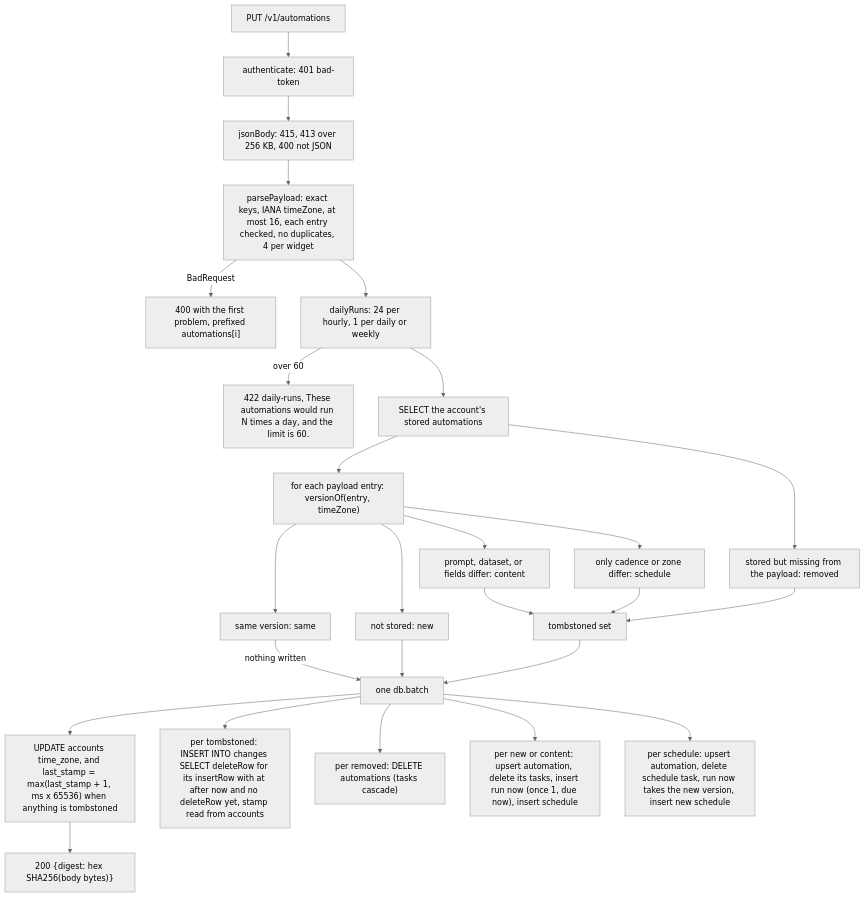
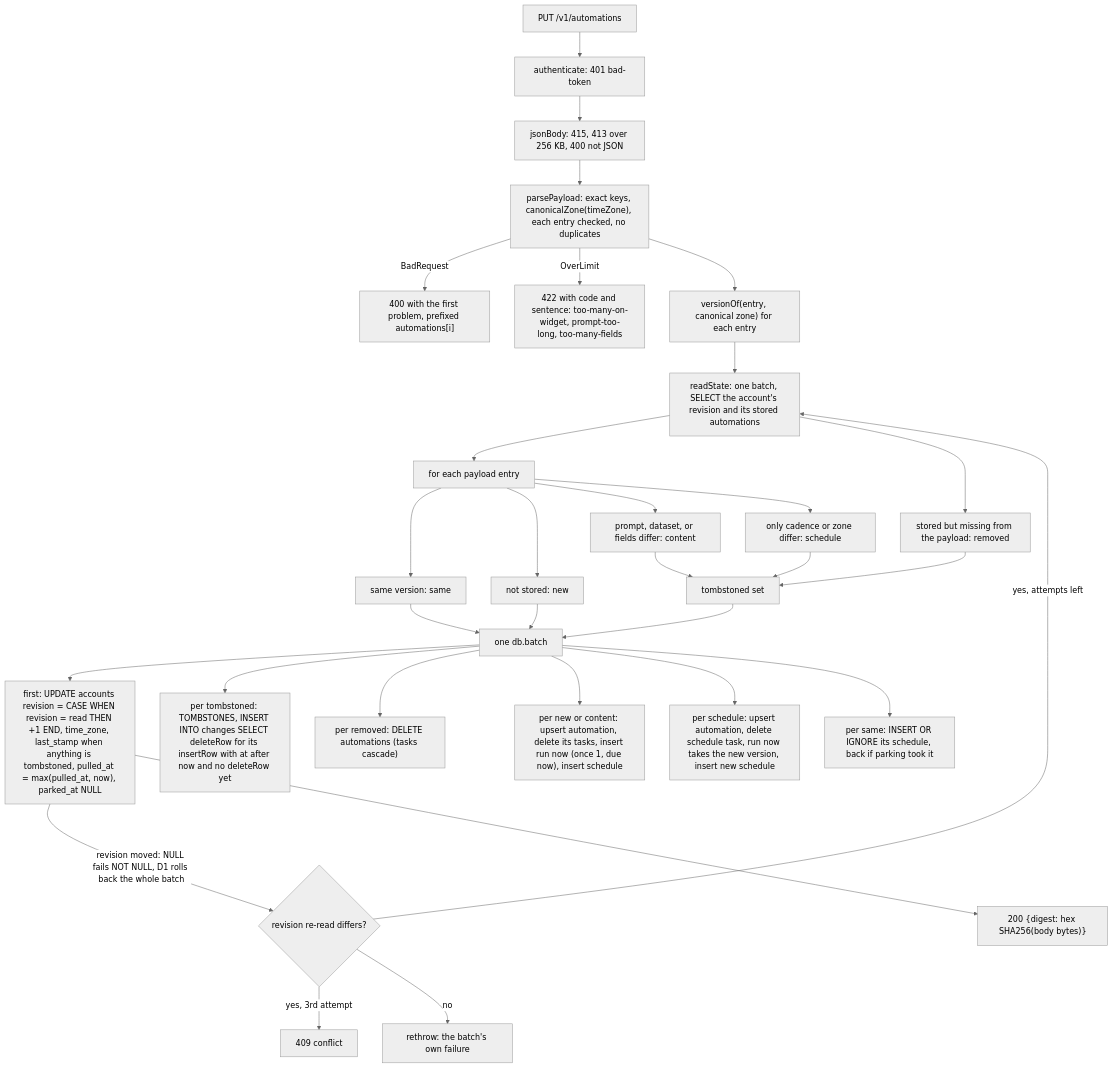
Before and after one commit to Krutik460/Widgie: the second of 4 diagrams in docs/pr/24-phase-3-p2-worker.md, drawn with Mermaid (neutral theme). The commit also changed other lines of this file and 13 other files, not shown here.

````diff
--- a/docs/pr/24-phase-3-p2-worker.md
+++ b/docs/pr/24-phase-3-p2-worker.md
@@ -86,28 +89,33 @@
 ```mermaid
 flowchart TD
   PUT["PUT /v1/automations"] --> AUTH["authenticate: 401 bad-token"]
   AUTH --> BODY["jsonBody: 415, 413 over 256 KB, 400 not JSON"]
-  BODY --> PARSE["parsePayload: exact keys, IANA timeZone, at most 16, each entry checked, no duplicates, 4 per widget"]
+  BODY --> PARSE["parsePayload: exact keys, canonicalZone(timeZone), each entry checked, no duplicates"]
   PARSE -->|"BadRequest"| R400["400 with the first problem, prefixed automations[i]"]
-  PARSE --> RUNS["dailyRuns: 24 per hourly, 1 per daily or weekly"]
-  RUNS -->|"over 60"| R422["422 daily-runs, These automations would run N times a day, and the limit is 60."]
-  RUNS --> READ["SELECT the account's stored automations"]
-  READ --> PLAN["for each payload entry: versionOf(entry, timeZone)"]
+  PARSE -->|"OverLimit"| R422["422 with code and sentence: too-many-on-widget, prompt-too-long, too-many-fields"]
+  PARSE --> VERS["versionOf(entry, canonical zone) for each entry"]
+  VERS --> READ["readState: one batch, SELECT the account's revision and its stored automations"]
+  READ --> PLAN["for each payload entry"]
   PLAN --> SAME["same version: same"]
   PLAN --> NEW["not stored: new"]
   PLAN --> CONTENT["prompt, dataset, or fields differ: content"]
   PLAN --> SCHED["only cadence or zone differ: schedule"]
   READ --> REM["stored but missing from the payload: removed"]
   CONTENT --> TOMB["tombstoned set"]
   SCHED --> TOMB
   REM --> TOMB
   TOMB --> BATCH["one db.batch"]
   NEW --> BATCH
-  SAME -->|"nothing written"| BATCH
-  BATCH --> S1["UPDATE accounts time_zone, and last_stamp = max(last_stamp + 1, ms x 65536) when anything is tombstoned"]
-  BATCH --> S2["per tombstoned: INSERT INTO changes SELECT deleteRow for its insertRow with at after now and no deleteRow yet, stamp read from accounts"]
+  SAME --> BATCH
+  BATCH --> S1["first: UPDATE accounts revision = CASE WHEN revision = read THEN +1 END, time_zone, last_stamp when anything is tombstoned, pulled_at = max(pulled_at, now), parked_at NULL"]
+  S1 -->|"revision moved: NULL fails NOT NULL, D1 rolls back the whole batch"| RETRY{"revision re-read differs?"}
+  RETRY -->|"yes, attempts left"| READ
+  RETRY -->|"yes, 3rd attempt"| R409["409 conflict"]
+  RETRY -->|"no"| R500["rethrow: the batch's own failure"]
+  BATCH --> S2["per tombstoned: TOMBSTONES, INSERT INTO changes SELECT deleteRow for its insertRow with at after now and no deleteRow yet"]
   BATCH --> S3["per removed: DELETE automations (tasks cascade)"]
   BATCH --> S4["per new or content: upsert automation, delete its tasks, insert run now (once 1, due now), insert schedule"]
   BATCH --> S5["per schedule: upsert automation, delete schedule task, run now takes the new version, insert new schedule"]
+  BATCH --> S6["per same: INSERT OR IGNORE its schedule, back if parking took it"]
   S1 --> OK["200 {digest: hex SHA256(body bytes)}"]
 ```
````
